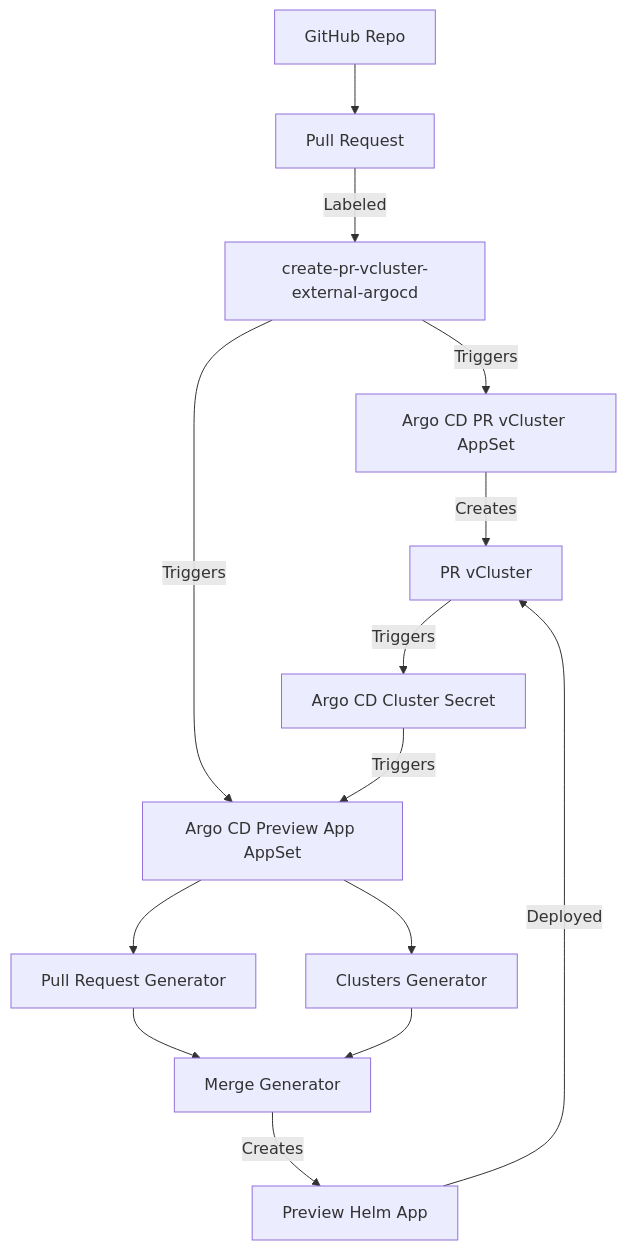
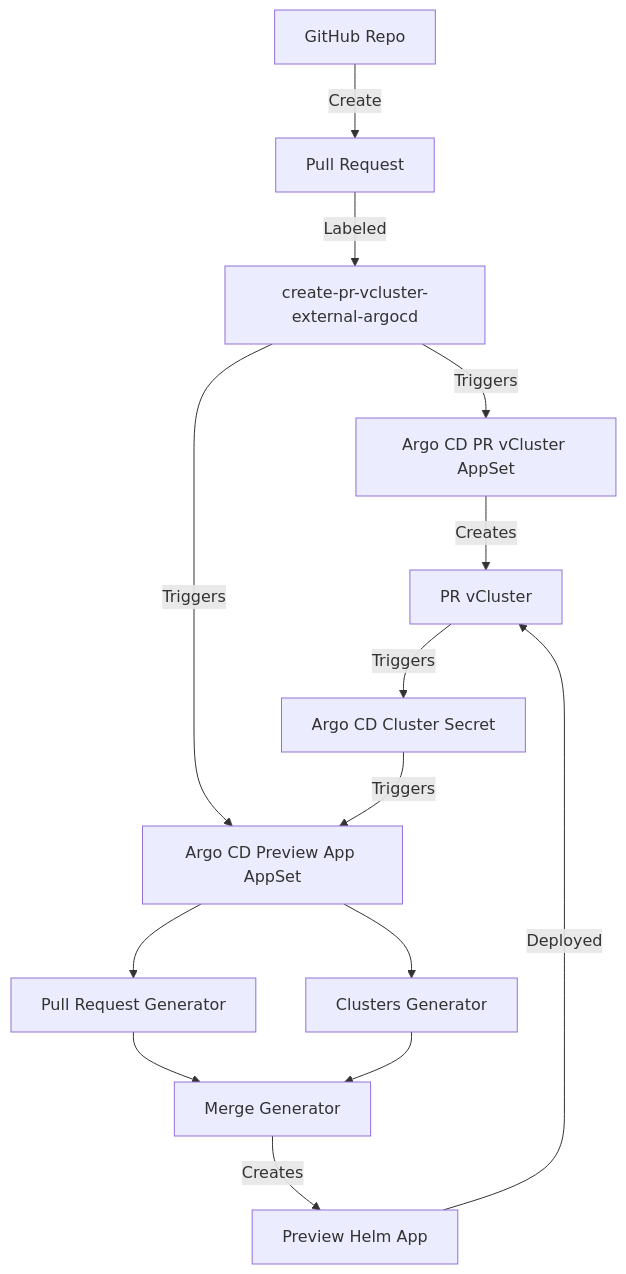
The diagram in vcluster-gitops/argocd/pr-environments/pr-vCluster-external-argo-flow.md (loft-demos/vcluster-platform-demo-app-template), drawn with Mermaid before and after one commit.

````diff
--- a/vcluster-gitops/argocd/pr-environments/pr-vCluster-external-argo-flow.md
+++ b/vcluster-gitops/argocd/pr-environments/pr-vCluster-external-argo-flow.md
@@ -3,19 +3,19 @@
 ```mermaid
 ---
 config:
   look: classic
 ---
 flowchart TD
-    A["GitHub Repo"] --> B["Pull Request"] -->| Labeled | L[create-pr-vcluster-external-argocd] 
+    A["GitHub Repo"] -->| Create | B["Pull Request"] -->| Labeled | L[create-pr-vcluster-external-argocd] 
     L -->| Triggers | C["Argo CD PR vCluster AppSet"]
     C -->| Creates | V["PR vCluster"]
     V --> | Triggers |CS["Argo CD Cluster Secret"]
     L --> | Triggers |AS["Argo CD Preview App AppSet"]
     CS --> | Triggers |AS["Argo CD Preview App AppSet"]
     AS --> MP["Pull Request Generator"]
     AS --> MC["Clusters Generator"]
     MP --> MG["Merge Generator"]
     MC --> MG["Merge Generator"]
     MG -->| Creates | APP["Preview Helm App"]
     APP --> | Deployed | V
 ```
````
